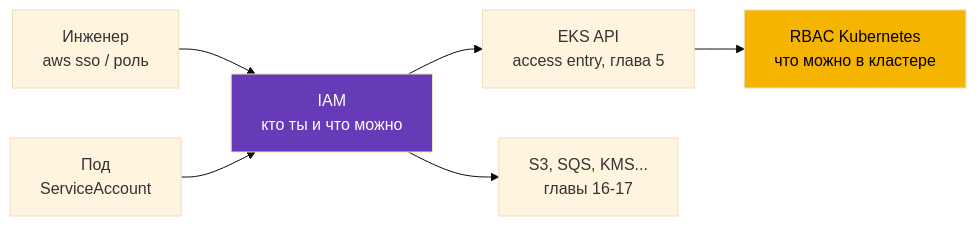
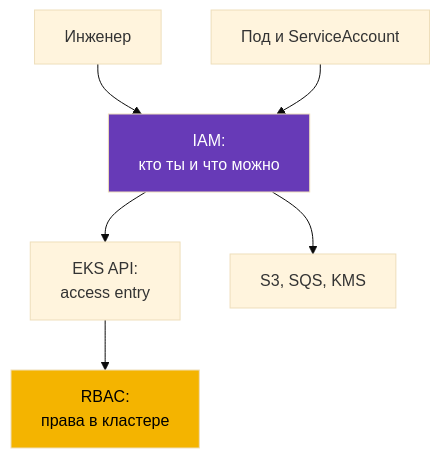
Before and after one commit to ViktorUJ/cks: the first of 3 diagrams in tasks/eks/course/00-2-iam/ru.md, drawn with Mermaid (base theme). The commit also changed other lines of this file and 52 other files, not shown here.

````diff
--- a/tasks/eks/course/00-2-iam/ru.md
+++ b/tasks/eks/course/00-2-iam/ru.md
@@ -23,10 +23,10 @@
 ```mermaid
-flowchart LR
-    human["Инженер<br>aws sso / роль"] --> iam["IAM<br>кто ты и что можно"]
-    pod["Под<br>ServiceAccount"] --> iam
-    iam --> eks["EKS API<br>access entry, глава 5"]
-    iam --> aws["S3, SQS, KMS...<br>главы 16-17"]
-    eks --> rbac["RBAC Kubernetes<br>что можно в кластере"]
+flowchart TB
+    human["Инженер"] --> iam["IAM:<br/>кто ты и что можно"]
+    pod["Под и ServiceAccount"] --> iam
+    iam --> eks["EKS API:<br/>access entry"]
+    iam --> aws["S3, SQS, KMS"]
+    eks --> rbac["RBAC:<br/>права в кластере"]
     style iam fill:#673ab7,color:#fff
     style rbac fill:#f4b400,color:#000
 ```
````
